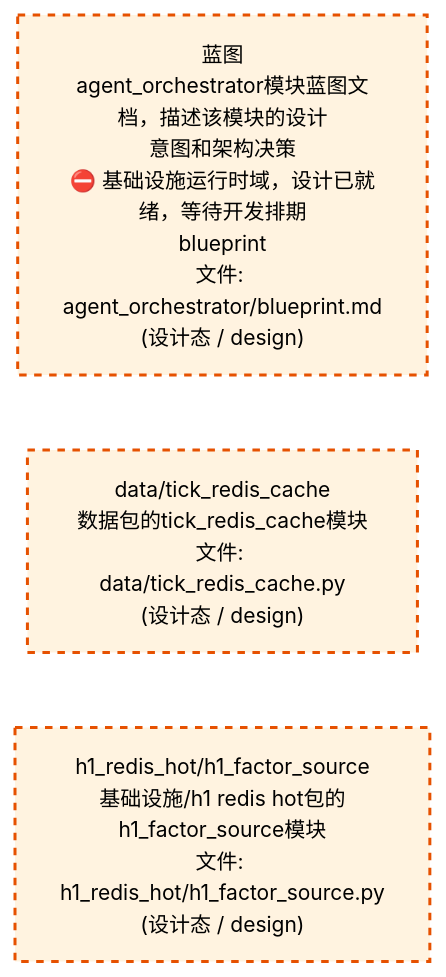
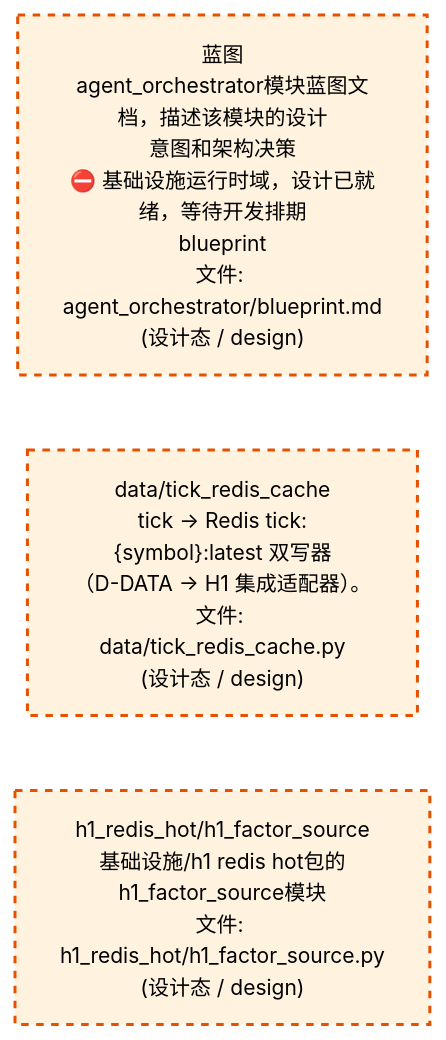
The third of 4 diagrams in docs/02_enterprise_architecture/02_domain_architecture_docs/06_d_infra_runtime.md (xuanFelixVan/ZephyrAlpha), drawn with Mermaid before and after one commit. The commit also changed other lines of this file and 37 other files, not shown here.

````diff
--- a/docs/02_enterprise_architecture/02_domain_architecture_docs/06_d_infra_runtime.md
+++ b/docs/02_enterprise_architecture/02_domain_architecture_docs/06_d_infra_runtime.md
@@ -1093,14 +1093,14 @@
 ```mermaid
 %%{init: {'theme': 'base', 'themeVariables': {'primaryColor': '#eaeaea', 'primaryTextColor': '#333333', 'primaryBorderColor': '#666666', 'lineColor': '#666666', 'secondaryColor': '#eaeaea', 'tertiaryColor': '#eaeaea', 'fontSize': '14px'}}}%%
 flowchart TD
     docs_03_modules_cross_layer_agent_orchestrator_blueprint_md["蓝图<br/>agent_orchestrator模块蓝图文档，描述该模块的设计<br/>意图和架构决策<br/>⛔ 基础设施运行时域，设计已就绪，等待开发排期<br/>blueprint<br/>文件: agent_orchestrator/blueprint.md<br/>(设计态 / design)"]
-    src_zephyr_data_tick_redis_cache_py["data/tick_redis_cache<br/>数据包的tick_redis_cache模块<br/>文件: data/tick_redis_cache.py<br/>(设计态 / design)"]
+    src_zephyr_data_tick_redis_cache_py["data/tick_redis_cache<br/>tick → Redis tick:{symbol}:latest 双写器<br/>（D-DATA → H1 集成适配器）。<br/>文件: data/tick_redis_cache.py<br/>(设计态 / design)"]
     src_zephyr_infrastructure_h1_redis_hot_h1_factor_source_py["h1_redis_hot/h1_factor_source<br/>基础设施/h1 redis hot包的h1_factor_source模块<br/>文件: h1_redis_hot/h1_factor_source.py<br/>(设计态 / design)"]
     docs_03_modules_cross_layer_agent_orchestrator_blueprint_md ~~~ src_zephyr_data_tick_redis_cache_py
     src_zephyr_data_tick_redis_cache_py ~~~ src_zephyr_infrastructure_h1_redis_hot_h1_factor_source_py
     classDef production fill:#e1f5fe,stroke:#01579b,stroke-width:2px,color:#000
     classDef design fill:#fff3e0,stroke:#e65100,stroke-width:2px,color:#000,stroke-dasharray: 5 5
     classDef external_prod fill:#e8f4fd,stroke:#0277bd,stroke-width:1px,color:#000
     classDef external_design fill:#fff8e7,stroke:#ef6c00,stroke-width:1px,color:#000,stroke-dasharray: 5 5
     class docs_03_modules_cross_layer_agent_orchestrator_blueprint_md,src_zephyr_data_tick_redis_cache_py,src_zephyr_infrastructure_h1_redis_hot_h1_factor_source_py design
 ```
````
